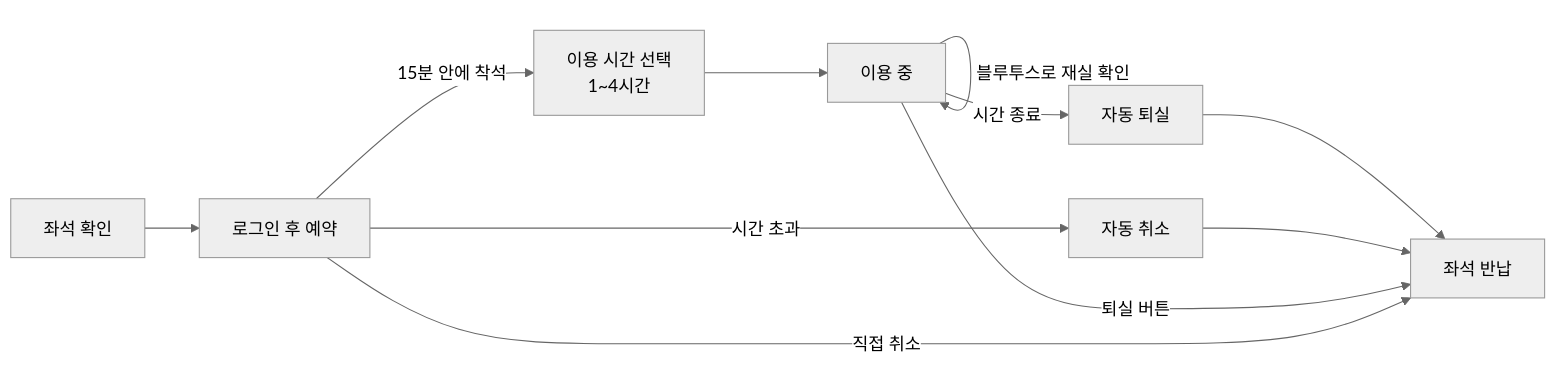
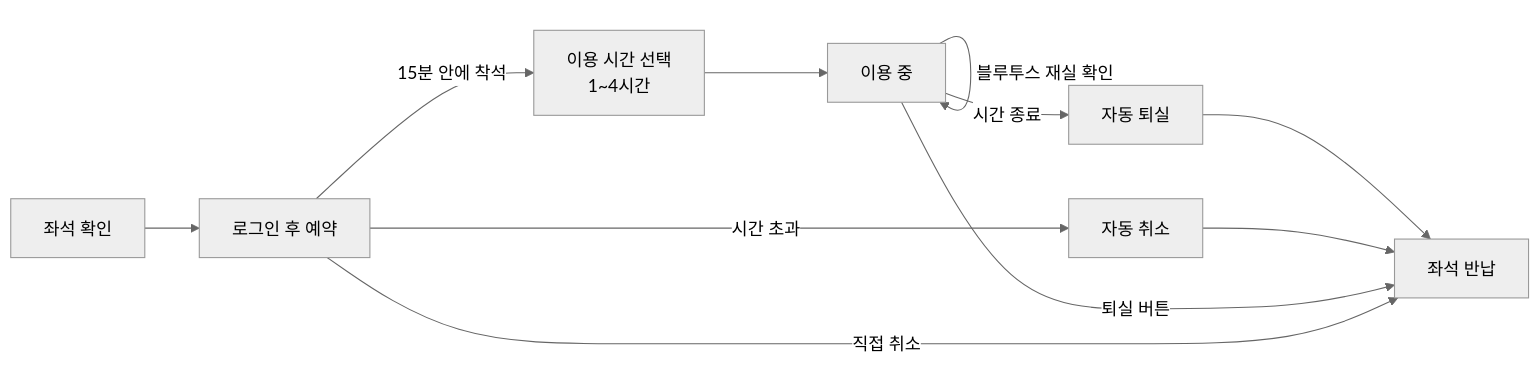
The first of 2 diagrams in README.md (kimkisoo0505/library-project), drawn with Mermaid (neutral theme) before and after one commit. The commit also changed other lines of this file, not shown here.

````diff
--- a/README.md
+++ b/README.md
@@ -75,13 +92,13 @@
 ```mermaid
 flowchart LR
     A[좌석 확인] --> B[로그인 후 예약]
     B -->|15분 안에 착석| C[이용 시간 선택<br/>1~4시간]
     B -->|시간 초과| X[자동 취소]
     B -->|직접 취소| Y[좌석 반납]
     C --> D[이용 중]
-    D -->|블루투스로 재실 확인| D
+    D -->|블루투스 재실 확인| D
     D -->|퇴실 버튼| Y
     D -->|시간 종료| Z[자동 퇴실]
     X --> Y
     Z --> Y
 ```
````
